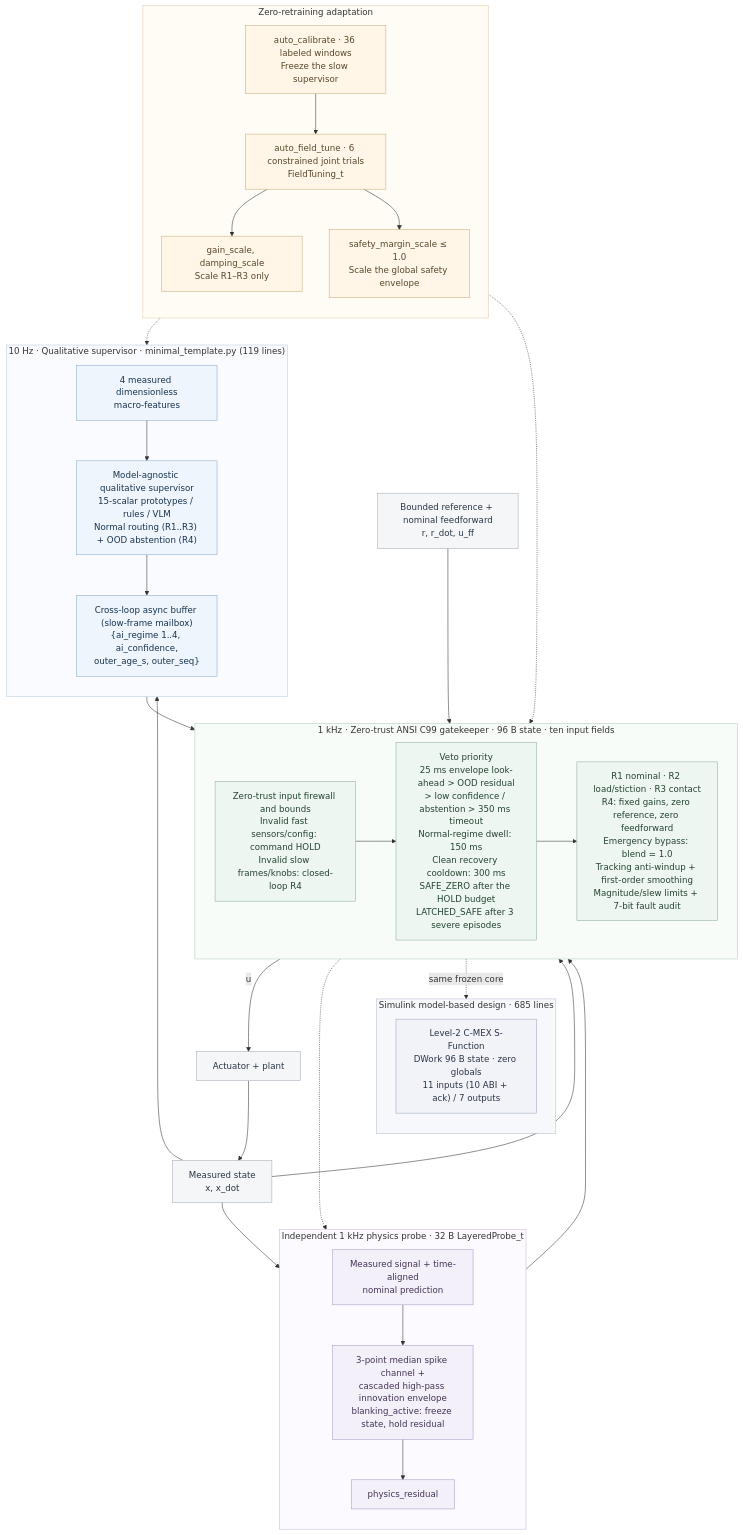
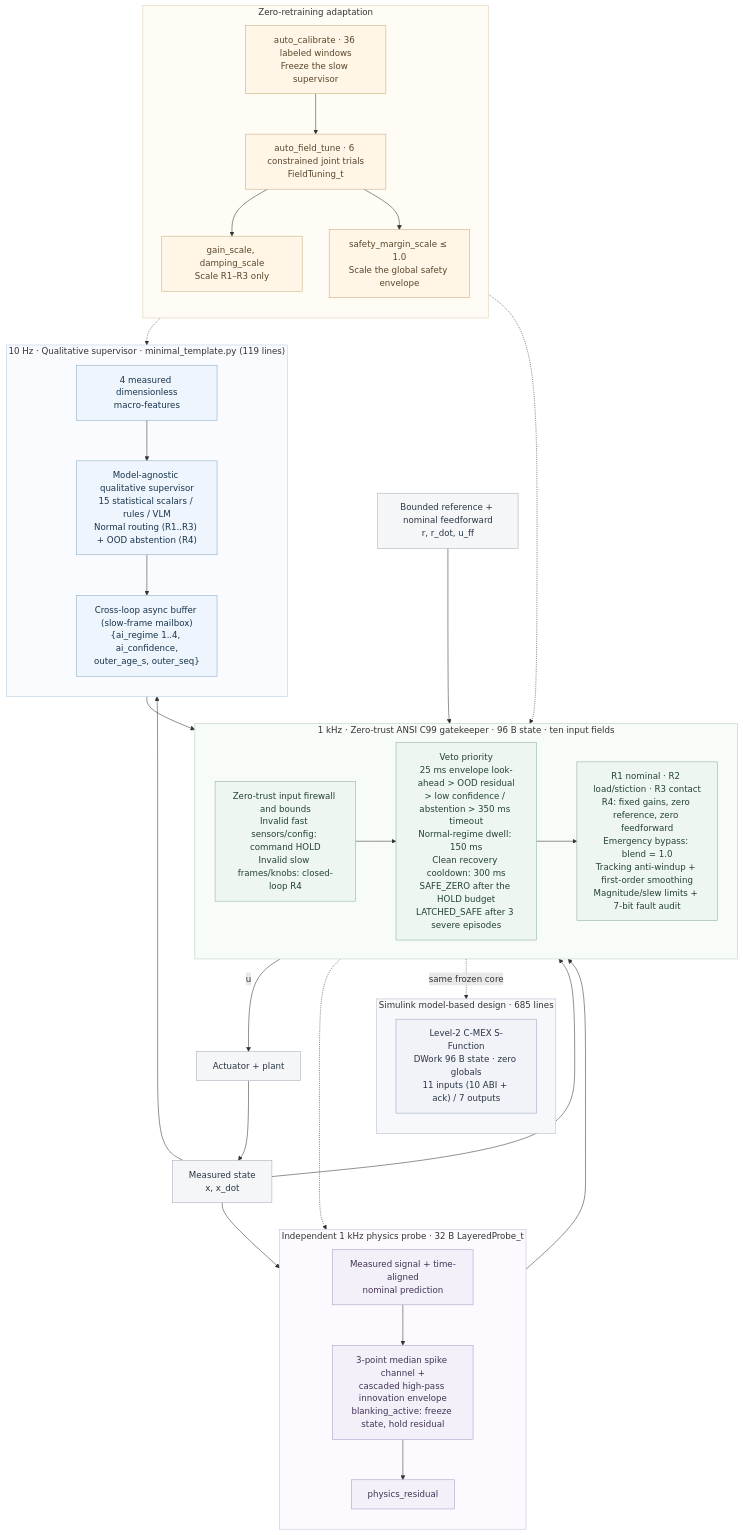
One commit to lijiawei255/ai-layered-control changed the diagram in README.md. Above: the diagram before and after it, drawn with Mermaid. The commit also changed other lines of this file and 20 other files, not shown here.

````diff
--- a/README.md
+++ b/README.md
@@ -52,70 +52,70 @@
 ```mermaid
 flowchart TB
     subgraph slow["10 Hz · Qualitative supervisor · minimal_template.py (119 lines)"]
         direction TB
         features["4 measured dimensionless<br/>macro-features"]
-        supervisor["Model-agnostic qualitative supervisor<br/>15-scalar prototypes / rules / VLM<br/>Normal routing (R1..R3) + OOD abstention (R4)"]
+        supervisor["Model-agnostic qualitative supervisor<br/>15 statistical scalars / rules / VLM<br/>Normal routing (R1..R3) + OOD abstention (R4)"]
         mailbox["Cross-loop async buffer (slow-frame mailbox)<br/>{ai_regime 1..4, ai_confidence,<br/>outer_age_s, outer_seq}"]
         features --> supervisor --> mailbox
     end
     subgraph probe["Independent 1 kHz physics probe · 32 B LayeredProbe_t"]
         direction TB
         innovation["Measured signal + time-aligned<br/>nominal prediction"]
         channels["3-point median spike channel +<br/>cascaded high-pass innovation envelope<br/>blanking_active: freeze state, hold residual"]
         residual["physics_residual"]
         innovation --> channels --> residual
     end
     subgraph fast["1 kHz · Zero-trust ANSI C99 gatekeeper · 96 B state · ten input fields"]
         direction LR
         firewall["Zero-trust input firewall and bounds<br/>Invalid fast sensors/config: command HOLD<br/>Invalid slow frames/knobs: closed-loop R4"]
         gates["Veto priority<br/>25 ms envelope look-ahead > OOD residual<br/>> low confidence / abstention > 350 ms timeout<br/>Normal-regime dwell: 150 ms<br/>Clean recovery cooldown: 300 ms<br/>SAFE_ZERO after the HOLD budget<br/>LATCHED_SAFE after 3 severe episodes"]
         bank["R1 nominal · R2 load/stiction · R3 contact<br/>R4: fixed gains, zero reference, zero feedforward<br/>Emergency bypass: blend = 1.0<br/>Tracking anti-windup + first-order smoothing<br/>Magnitude/slew limits + 7-bit fault audit"]
         firewall --> gates --> bank
     end
     subgraph mbd["Simulink model-based design · 685 lines"]
         direction TB
         sfun["Level-2 C-MEX S-Function<br/>DWork 96 B state · zero globals<br/>11 inputs (10 ABI + ack) / 7 outputs"]
     end
     subgraph adapt["Zero-retraining adaptation"]
         direction TB
         calibrate["auto_calibrate · 36 labeled windows<br/>Freeze the slow supervisor"]
         tune["auto_field_tune · 6 constrained joint trials<br/>FieldTuning_t"]
         gains["gain_scale, damping_scale<br/>Scale R1–R3 only"]
         margin["safety_margin_scale ≤ 1.0<br/>Scale the global safety envelope"]
         calibrate --> tune
         tune --> gains
         tune --> margin
     end
     reference["Bounded reference + nominal feedforward<br/>r, r_dot, u_ff"]
     plant["Actuator + plant"]
     sensor["Measured state<br/>x, x_dot"]
     reference --> fast
     slow --> fast
     probe --> fast
     fast -->|"u"| plant
     plant --> sensor
     sensor --> fast
     sensor --> slow
     sensor --> probe
     fast -.-> probe
     fast -.->|"same frozen core"| sfun
     adapt -.-> slow
     adapt -.-> fast
     classDef slowNode fill:#eef5fc,stroke:#8baac7,color:#17334d;
     classDef probeNode fill:#f4f0fa,stroke:#ad98c5,color:#423354;
     classDef coreNode fill:#edf6f0,stroke:#8eaf99,color:#244331;
     classDef adaptNode fill:#fff6e8,stroke:#c7ad7d,color:#58462a;
     classDef ioNode fill:#f5f6f8,stroke:#a4acb7,color:#283644;
     classDef mbdNode fill:#f1f3f8,stroke:#9aa7bd,color:#2a3446;
     class features,supervisor,mailbox slowNode;
     class innovation,channels,residual probeNode;
     class firewall,gates,bank coreNode;
     class calibrate,tune,gains,margin adaptNode;
     class reference,plant,sensor ioNode;
     class sfun mbdNode;
     style slow fill:#f9fbfe,stroke:#b8cbde
     style probe fill:#fcfaff,stroke:#c9bbda
     style fast fill:#f8fcf9,stroke:#b6cdbd
     style mbd fill:#f7f8fb,stroke:#b3bccd
     style adapt fill:#fffcf6,stroke:#dfcfaf
 ```
````
